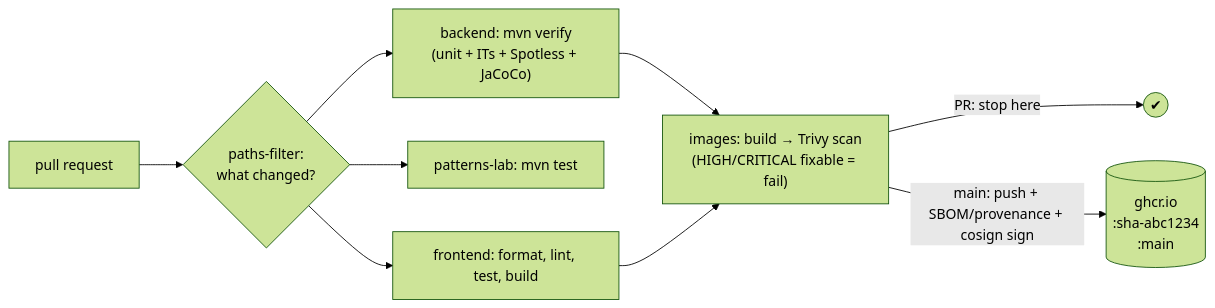
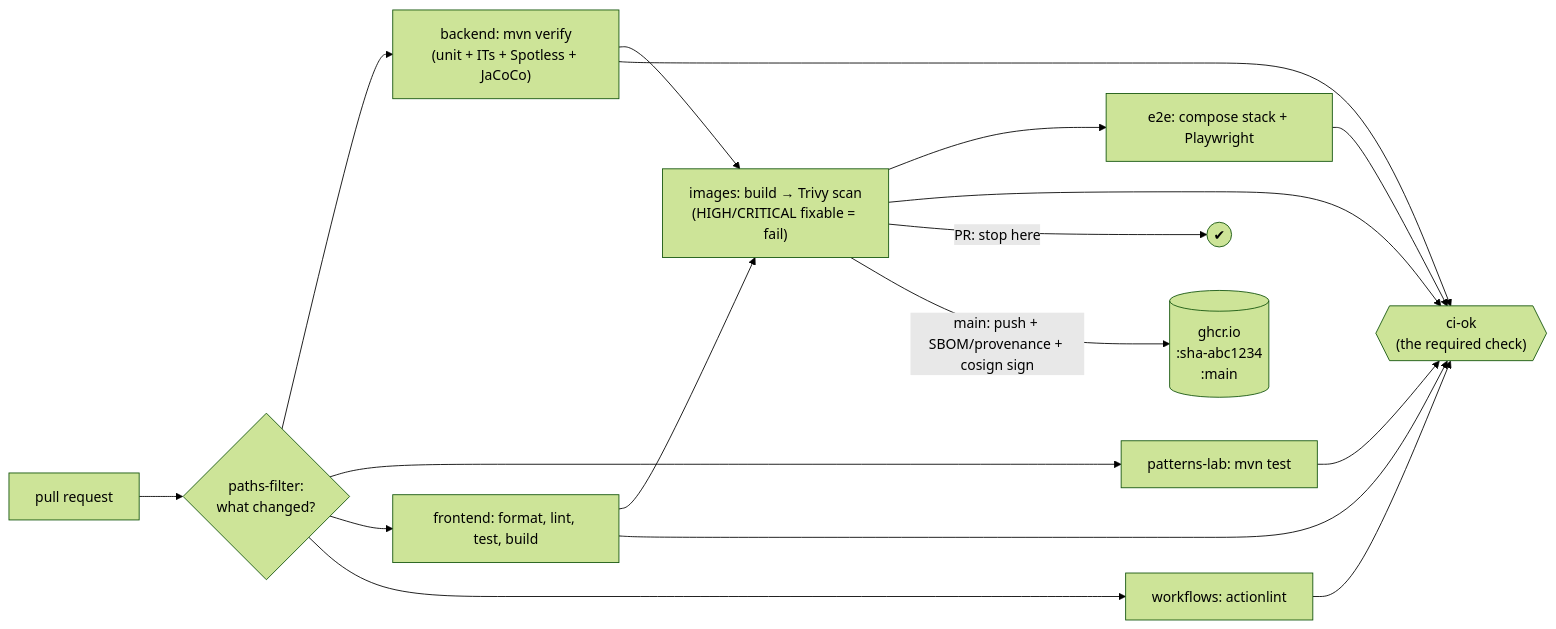
One commit to b-nimai/Masternova-Spring changed the first of 3 diagrams in patterns/devops/04-ci-cd-pipeline.md. Above: the diagram before and after it, drawn with Mermaid (forest theme). The commit also changed other lines of this file and 12 other files, not shown here.

First line of the commit message:
test(e2e): D2.6 Playwright journeys against the full stack

````diff
--- a/patterns/devops/04-ci-cd-pipeline.md
+++ b/patterns/devops/04-ci-cd-pipeline.md
@@ -31,10 +35,13 @@
 ```mermaid
 flowchart LR
   PR["pull request"] --> F{"paths-filter:<br/>what changed?"}
   F --> B["backend: mvn verify<br/>(unit + ITs + Spotless + JaCoCo)"]
   F --> L["patterns-lab: mvn test"]
   F --> W["frontend: format, lint, test, build"]
+  F --> A["workflows: actionlint"]
   B & W --> I["images: build → Trivy scan<br/>(HIGH/CRITICAL fixable = fail)"]
+  I --> E["e2e: compose stack + Playwright"]
+  B & L & W & A & I & E --> OK{{"ci-ok<br/>(the required check)"}}
   I -- "PR: stop here" --> X(("✔"))
   I -- "main: push + SBOM/provenance + cosign sign" --> G[("ghcr.io<br/>:sha-abc1234<br/>:main")]
 ```
````
